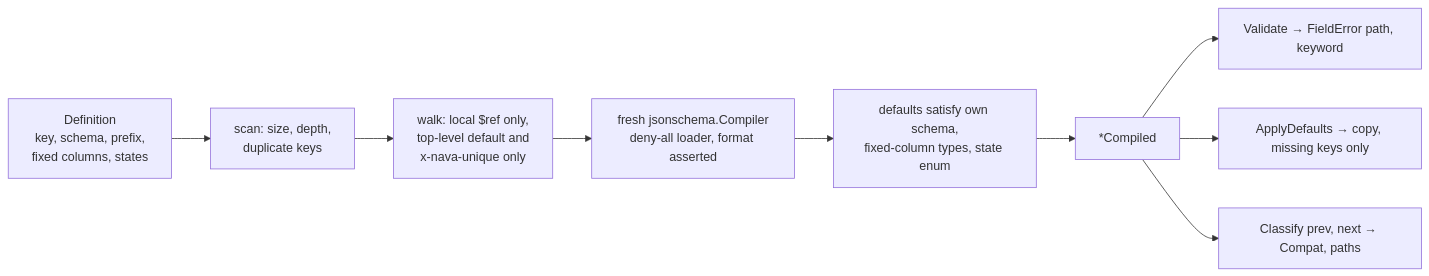
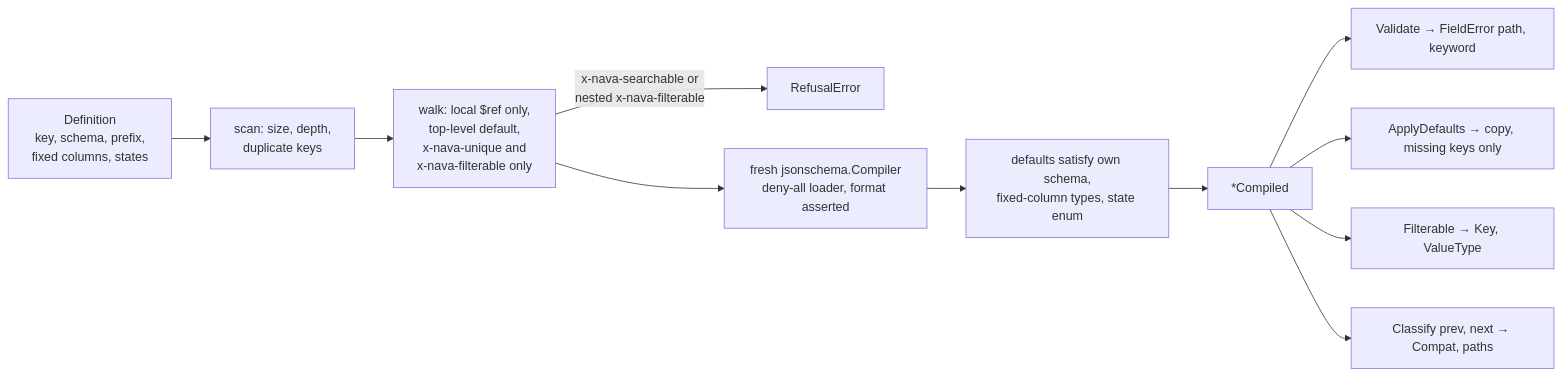
Before and after one commit to Navaladi2019/TicketingSystem: the diagram in docs/architecture/metadata-engine.md, drawn with Mermaid. The commit also changed other lines of this file and 13 other files, not shown here.

First line of the commit message:
TICK-743: S21 P7-03 metadata accepts x-nava-filterable on top-level properties

````diff
--- a/docs/architecture/metadata-engine.md
+++ b/docs/architecture/metadata-engine.md
@@ -8,11 +8,13 @@
 ```mermaid
 flowchart LR
   D[Definition<br/>key, schema, prefix,<br/>fixed columns, states] --> S[scan: size, depth,<br/>duplicate keys]
-  S --> W[walk: local $ref only,<br/>top-level default and<br/>x-nava-unique only]
+  S --> W[walk: local $ref only,<br/>top-level default,<br/>x-nava-unique and<br/>x-nava-filterable only]
+  W -- "x-nava-searchable or<br/>nested x-nava-filterable" --> R[RefusalError]
   W --> J[fresh jsonschema.Compiler<br/>deny-all loader, format asserted]
   J --> X[defaults satisfy own schema,<br/>fixed-column types, state enum]
   X --> C[*Compiled]
   C --> V[Validate → FieldError path, keyword]
   C --> A[ApplyDefaults → copy, missing keys only]
+  C --> F[Filterable → Key, ValueType]
   C --> K[Classify prev, next → Compat, paths]
 ```
````
